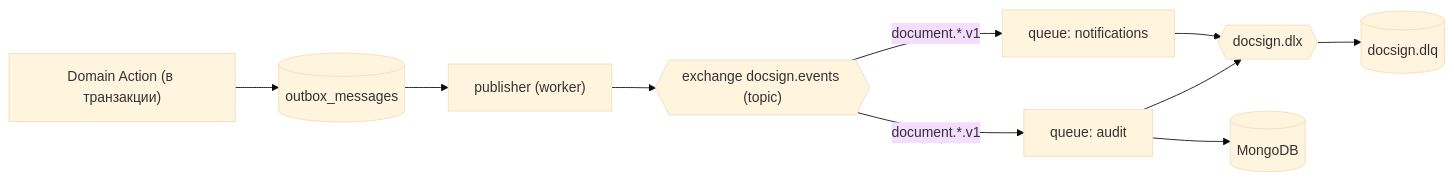
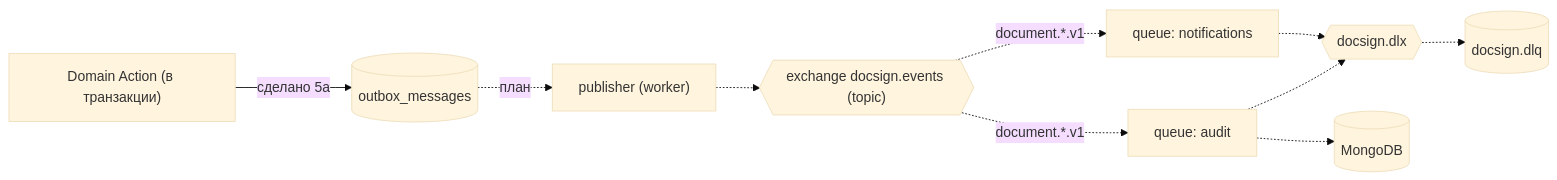
One commit to azaikina568/docsign-hub changed the eighth of 8 diagrams in docs/diagrams.md. Above: the diagram before and after it, drawn with Mermaid (base theme). The commit also changed other lines of this file and 22 other files, not shown here.

First line of the commit message:
feat(messaging): record domain events to a transactional outbox

````diff
--- a/docs/diagrams.md
+++ b/docs/diagrams.md
@@ -270,12 +284,12 @@
 ```mermaid
 flowchart LR
-    action["Domain Action (в транзакции)"] --> outbox[("outbox_messages")]
-    outbox --> publisher["publisher (worker)"]
-    publisher --> ex{{"exchange docsign.events (topic)"}}
-    ex -->|document.*.v1| qn["queue: notifications"]
-    ex -->|document.*.v1| qa["queue: audit"]
-    qn --> dlx{{"docsign.dlx"}}
-    qa --> dlx
-    dlx --> dlq[("docsign.dlq")]
-    qa --> mongo[("MongoDB")]
+    action["Domain Action (в транзакции)"] -->|сделано 5a| outbox[("outbox_messages")]
+    outbox -.->|план| publisher["publisher (worker)"]
+    publisher -.-> ex{{"exchange docsign.events (topic)"}}
+    ex -.->|document.*.v1| qn["queue: notifications"]
+    ex -.->|document.*.v1| qa["queue: audit"]
+    qn -.-> dlx{{"docsign.dlx"}}
+    qa -.-> dlx
+    dlx -.-> dlq[("docsign.dlq")]
+    qa -.-> mongo[("MongoDB")]
 ```
````
